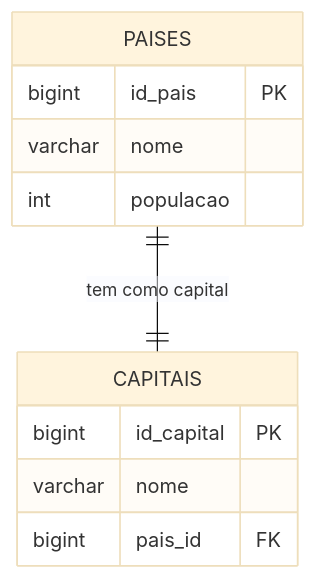
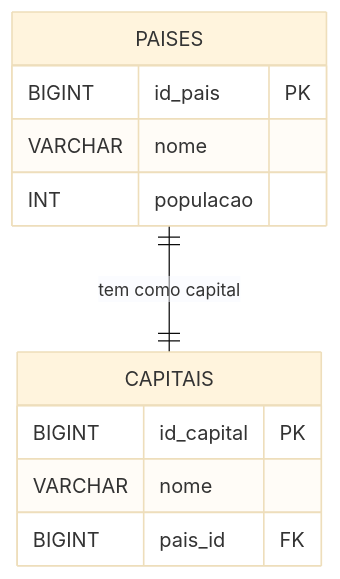
The third of 13 diagrams in docs/aulas/Cardinalidade_MER_Completo.md (DSM-Fatec-Jahu/BDR-DSM-2026-2), drawn with Mermaid (base theme) before and after one commit. The commit also changed other lines of this file and 2 other files, not shown here.

First line of the commit message:
Padroniza tipos SQL em MAIÚSCULAS nos diagramas (Regra 3)

````diff
--- a/docs/aulas/Cardinalidade_MER_Completo.md
+++ b/docs/aulas/Cardinalidade_MER_Completo.md
@@ -224,16 +224,16 @@
 ```mermaid
 erDiagram
     PAISES {
-        bigint id_pais PK
-        varchar nome
-        int populacao
+        BIGINT id_pais PK
+        VARCHAR nome
+        INT populacao
     }
 
     CAPITAIS {
-        bigint id_capital PK
-        varchar nome
-        bigint pais_id FK
+        BIGINT id_capital PK
+        VARCHAR nome
+        BIGINT pais_id FK
     }
 
     PAISES ||--|| CAPITAIS : "tem como capital"
 ```
````
